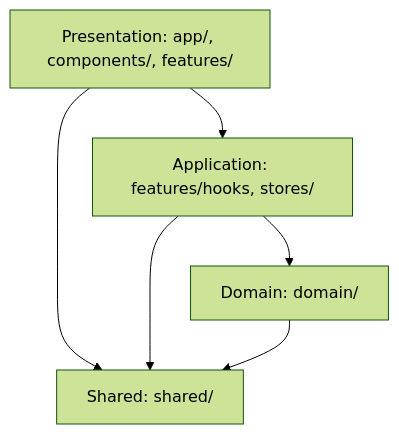
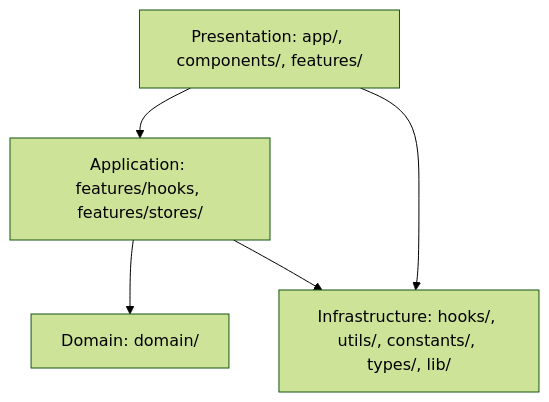
One commit to endo-ava/music-theory-app changed the diagram in docs/20.development/2004.architecture.md. Above: the diagram before and after it, drawn with Mermaid (forest theme). The commit also changed other lines of this file and 128 other files, not shown here.

First line of the commit message:
refactor: adopt colocated feature-sliced architecture

````diff
--- a/docs/20.development/2004.architecture.md
+++ b/docs/20.development/2004.architecture.md
@@ -7,8 +7,7 @@
 ```mermaid
 graph TD
-    A[Presentation: app/, components/, features/] --> B[Application: features/hooks, stores/]
+    A[Presentation: app/, components/, features/] --> B[Application: features/hooks, features/stores/]
     B --> C[Domain: domain/]
-    A --> D[Shared: shared/]
+    A --> D[Infrastructure: hooks/, utils/, constants/, types/, lib/]
     B --> D
-    C --> D
 ```
````
